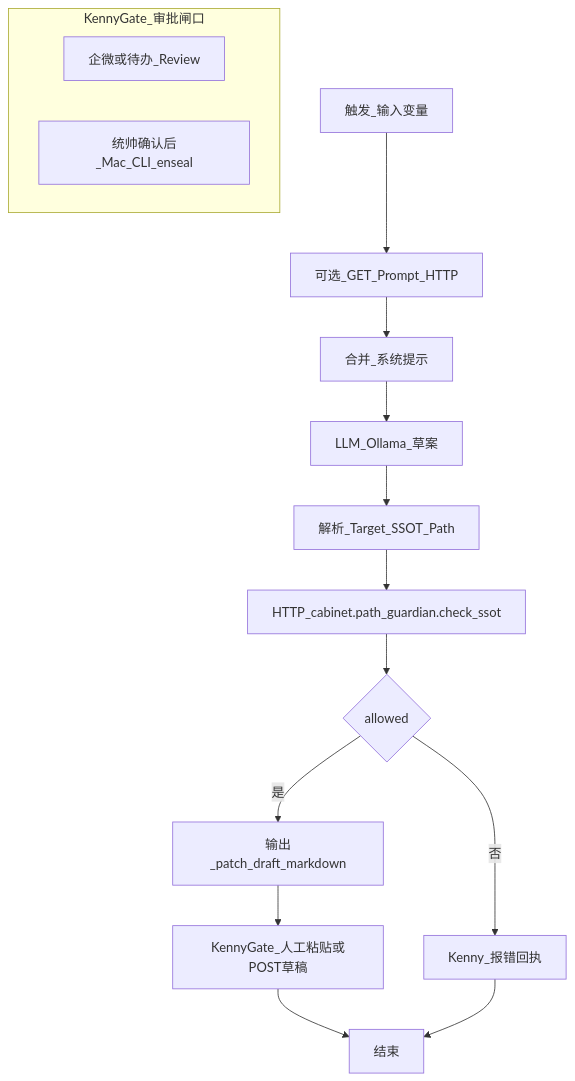
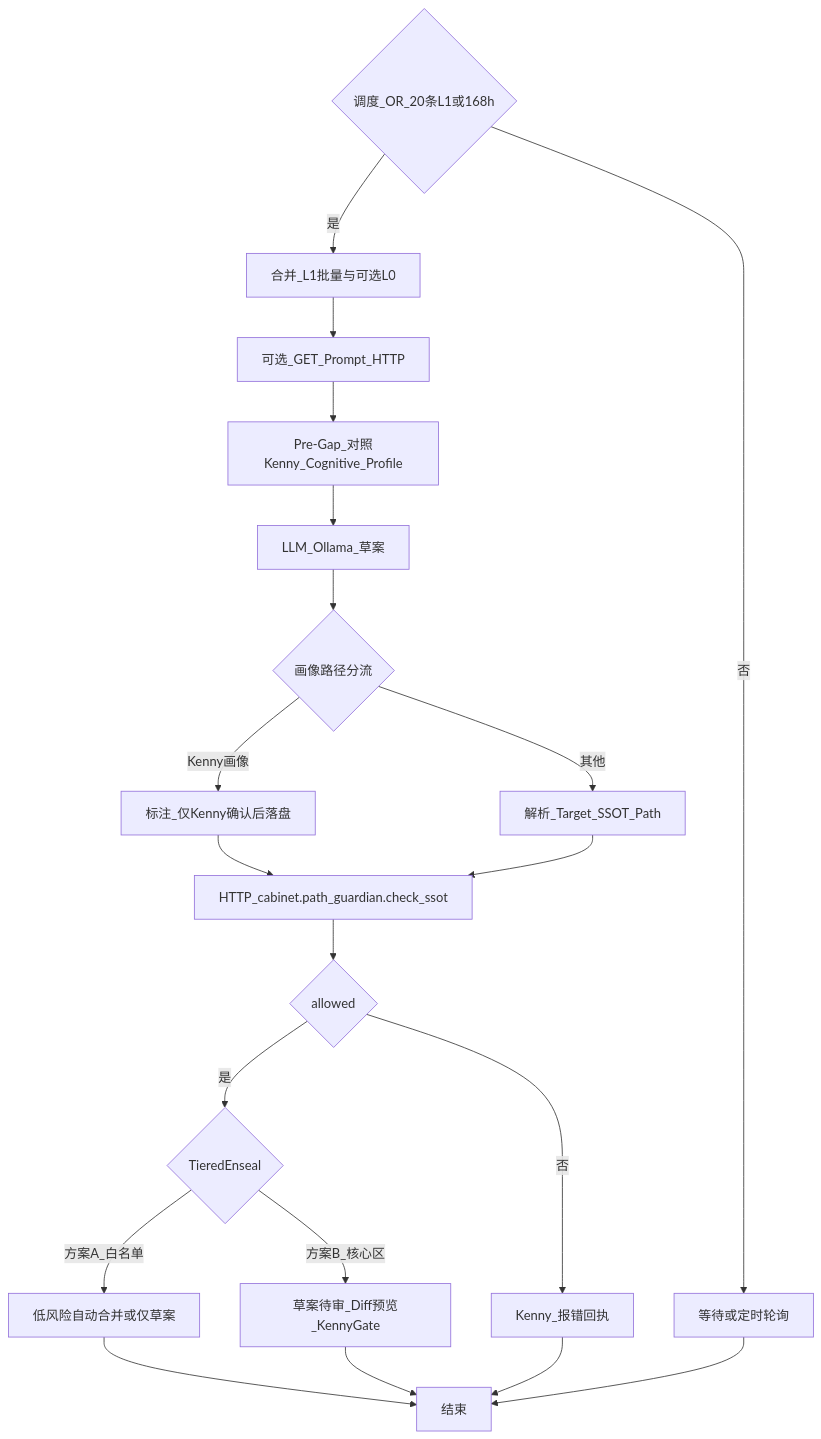
Before and after one commit to kennyxu73-sketch/AI-obsidian: the diagram in Dify/01_Ingest_&_Memory/WF_InboxRefine_Patch.md, drawn with Mermaid. The commit also changed other lines of this file and 7 other files, not shown here.

````diff
--- a/Dify/01_Ingest_&_Memory/WF_InboxRefine_Patch.md
+++ b/Dify/01_Ingest_&_Memory/WF_InboxRefine_Patch.md
@@ -19,18 +54,23 @@
 ```mermaid
 flowchart TD
-  Start[触发_输入变量] --> HttpPrompt[可选_GET_Prompt_HTTP]
-  HttpPrompt --> MergeCtx[合并_系统提示]
-  MergeCtx --> LLM[LLM_Ollama_草案]
-  LLM --> Parse[解析_Target_SSOT_Path]
-  Parse --> CheckSSOT[HTTP_cabinet.path_guardian.check_ssot]
+  Sched{调度_OR_20条L1或168h}
+  Sched -->|否| Wait[等待或定时轮询]
+  Sched -->|是| Merge[合并_L1批量与可选L0]
+  Merge --> HttpPrompt[可选_GET_Prompt_HTTP]
+  HttpPrompt --> PreGap[Pre-Gap_对照Kenny_Cognitive_Profile]
+  PreGap --> LLM[LLM_Ollama_草案]
+  LLM --> PortraitSplit{画像路径分流}
+  PortraitSplit -->|Kenny画像| TagPortrait[标注_仅Kenny确认后落盘]
+  PortraitSplit -->|其他| Parse[解析_Target_SSOT_Path]
+  TagPortrait --> CheckSSOT[HTTP_cabinet.path_guardian.check_ssot]
+  Parse --> CheckSSOT
   CheckSSOT --> Gate{allowed}
   Gate -->|否| ErrReply[Kenny_报错回执]
-  Gate -->|是| Out[输出_patch_draft_markdown]
-  Out --> KG[KennyGate_人工粘贴或POST草稿]
-  subgraph KennyGate["KennyGate_审批闸口"]
-    KG_Notify[企微或待办_Review]
-    KG_Wait[统帅确认后_Mac_CLI_enseal]
-  end
-  KG --> EndNode[结束]
+  Gate -->|是| Tier{TieredEnseal}
+  Tier -->|方案A_白名单| OutA[低风险自动合并或仅草案]
+  Tier -->|方案B_核心区| OutB[草案待审_Diff预览_KennyGate]
+  OutA --> EndNode[结束]
+  OutB --> EndNode
   ErrReply --> EndNode
+  Wait --> EndNode
 ```
````
